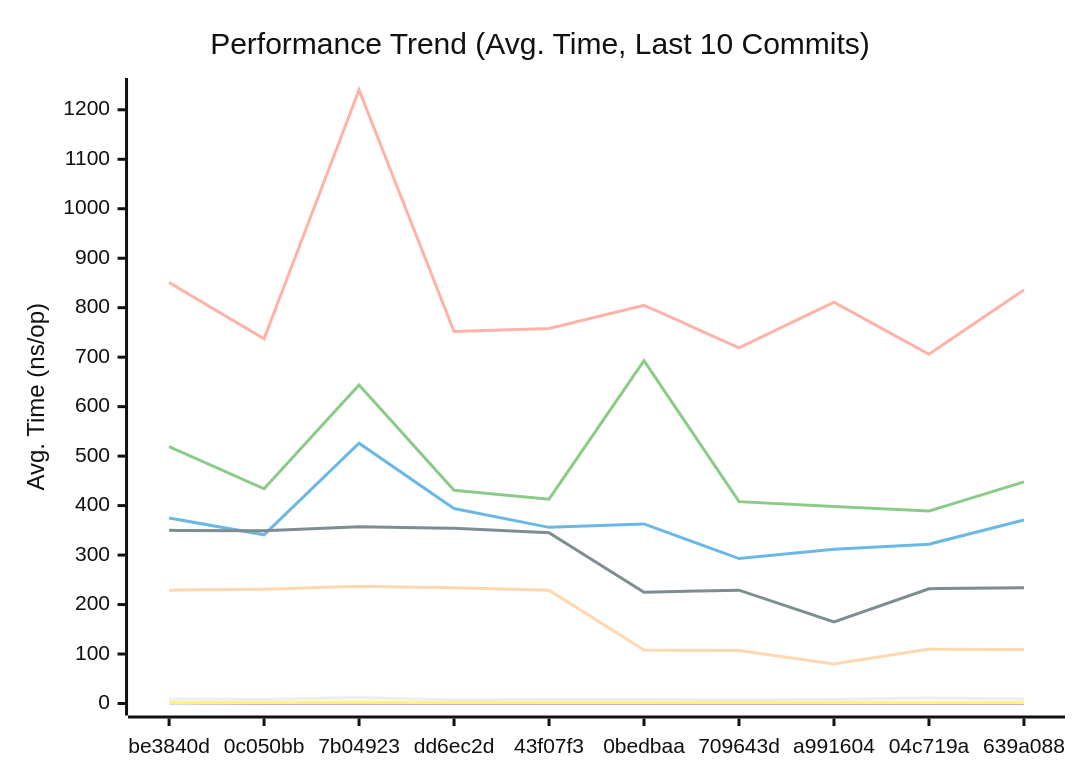
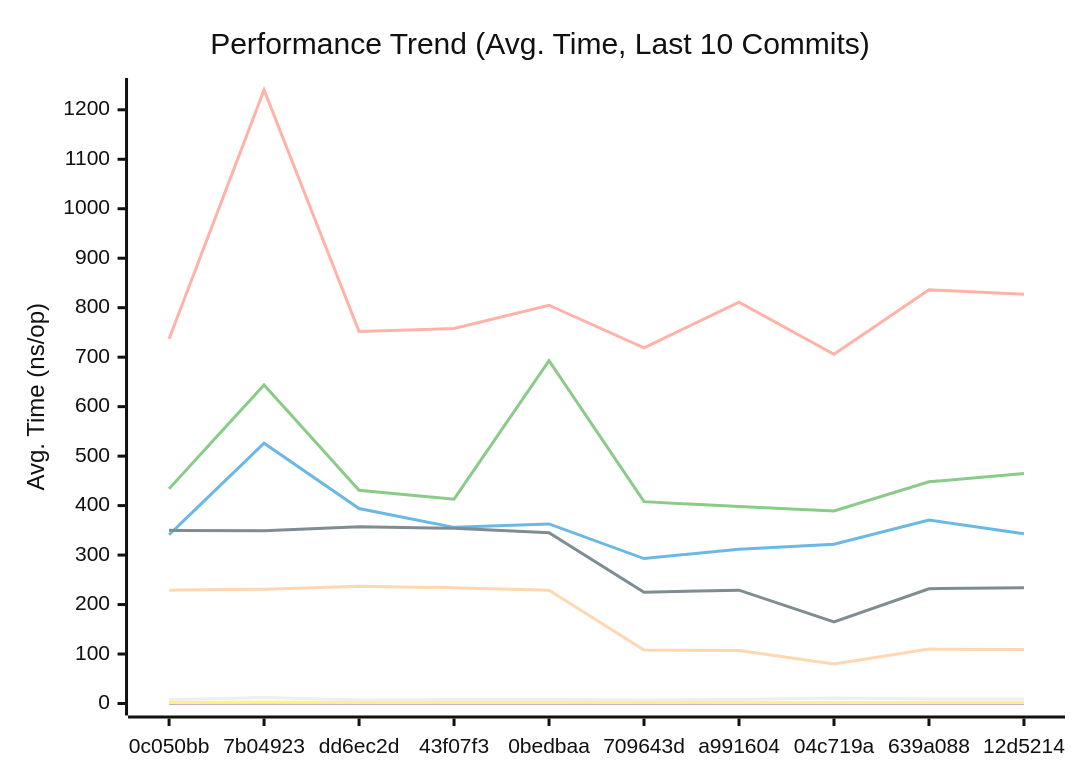
Before and after one commit to alsotoes/momo: the first of 3 diagrams in docs/PERFORMANCE.md, drawn with Mermaid (neutral theme). The commit also changed other lines of this file and 3 other files, not shown here.

````diff
--- a/docs/PERFORMANCE.md
+++ b/docs/PERFORMANCE.md
@@ -80,16 +80,16 @@
 ```mermaid
 xychart-beta
     title "Performance Trend (Avg. Time, Last 10 Commits)"
     x-axis "Commit"
     y-axis "Avg. Time (ns/op)"
-    x-axis [be3840d,0c050bb,7b04923,dd6ec2d,43f07f3,0bedbaa,709643d,a991604,04c719a,639a088]
-    line "CheckMetricsAndSwap" [9,8,12,7,8,8,7,8,11,9]
-    line "CrushOptimized" [375,341,526,394,356,363,293,312,322,371]
-    line "CrushOriginal" [519,434,644,431,413,693,408,398,389,448]
-    line "IndexDirectTracking" [1,0,0,0,0,0,0,0,0,0]
+    x-axis [0c050bb,7b04923,dd6ec2d,43f07f3,0bedbaa,709643d,a991604,04c719a,639a088,12d5214]
+    line "CheckMetricsAndSwap" [8,12,7,8,8,7,8,11,9,9]
+    line "CrushOptimized" [341,526,394,356,363,293,312,322,371,343]
+    line "CrushOriginal" [434,644,431,413,693,408,398,389,448,465]
+    line "IndexDirectTracking" [0,0,0,0,0,0,0,0,0,0]
     line "IndexSearch" [2,2,2,2,2,2,2,2,2,2]
-    line "LoadGlobalConfig" [851,737,1240,752,758,805,719,811,706,836]
-    line "PadString" [2,2,3,2,2,2,2,2,2,2]
+    line "LoadGlobalConfig" [737,1240,752,758,805,719,811,706,836,827]
+    line "PadString" [2,3,2,2,2,2,2,2,2,2]
     line "ParseReplicationOrder_NoPrealloc" [350,349,357,354,345,225,229,165,232,234]
     line "ParseReplicationOrder_Prealloc" [229,231,237,234,229,108,107,80,110,109]
 ```
````
